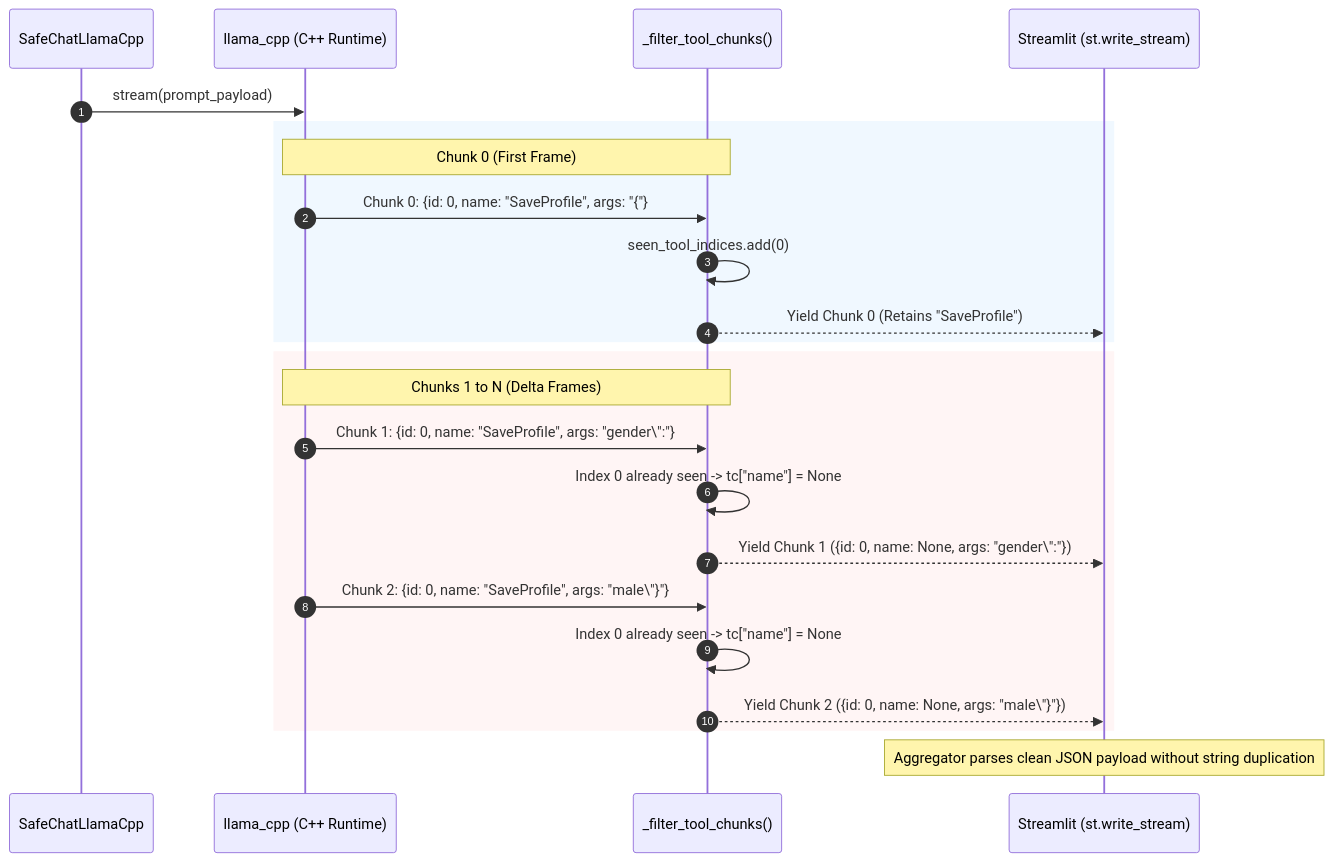
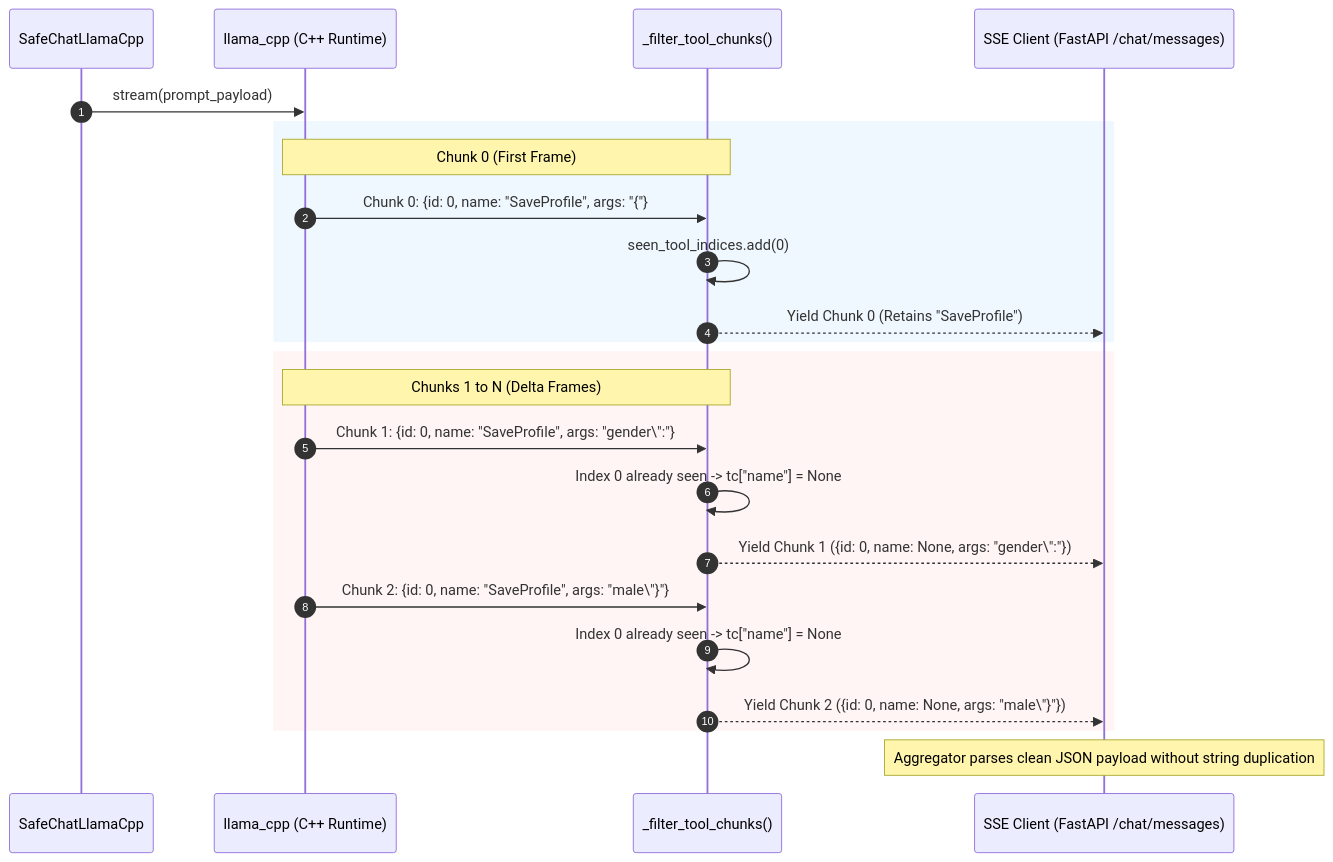
One commit to ahmedtvmer/MAYOS changed the fifth of 8 diagrams in docs/ARCHITECTURE.md. Above: the diagram before and after it, drawn with Mermaid. The commit also changed other lines of this file and 7 other files, not shown here.

````diff
--- a/docs/ARCHITECTURE.md
+++ b/docs/ARCHITECTURE.md
@@ -207,30 +252,30 @@
 ```mermaid
 sequenceDiagram
     autonumber
     participant Engine as SafeChatLlamaCpp
     participant CppCore as llama_cpp (C++ Runtime)
     participant Sanitizer as _filter_tool_chunks()
-    participant UI as Streamlit (st.write_stream)
+    participant UI as SSE Client (FastAPI /chat/messages)
 
     Engine->>CppCore: stream(prompt_payload)
     
     rect rgb(240, 248, 255)
         Note over CppCore,Sanitizer: Chunk 0 (First Frame)
         CppCore->>Sanitizer: Chunk 0: {id: 0, name: "SaveProfile", args: "{"}
         Sanitizer->>Sanitizer: seen_tool_indices.add(0)
         Sanitizer-->>UI: Yield Chunk 0 (Retains "SaveProfile")
     end
 
     rect rgb(255, 245, 245)
         Note over CppCore,Sanitizer: Chunks 1 to N (Delta Frames)
         CppCore->>Sanitizer: Chunk 1: {id: 0, name: "SaveProfile", args: "gender\":"}
         Sanitizer->>Sanitizer: Index 0 already seen -> tc["name"] = None
         Sanitizer-->>UI: Yield Chunk 1 ({id: 0, name: None, args: "gender\":"})
         
         CppCore->>Sanitizer: Chunk 2: {id: 0, name: "SaveProfile", args: "male\"}"}
         Sanitizer->>Sanitizer: Index 0 already seen -> tc["name"] = None
         Sanitizer-->>UI: Yield Chunk 2 ({id: 0, name: None, args: "male\"}"})
     end
 
     Note over UI: Aggregator parses clean JSON payload without string duplication
 ```
````
